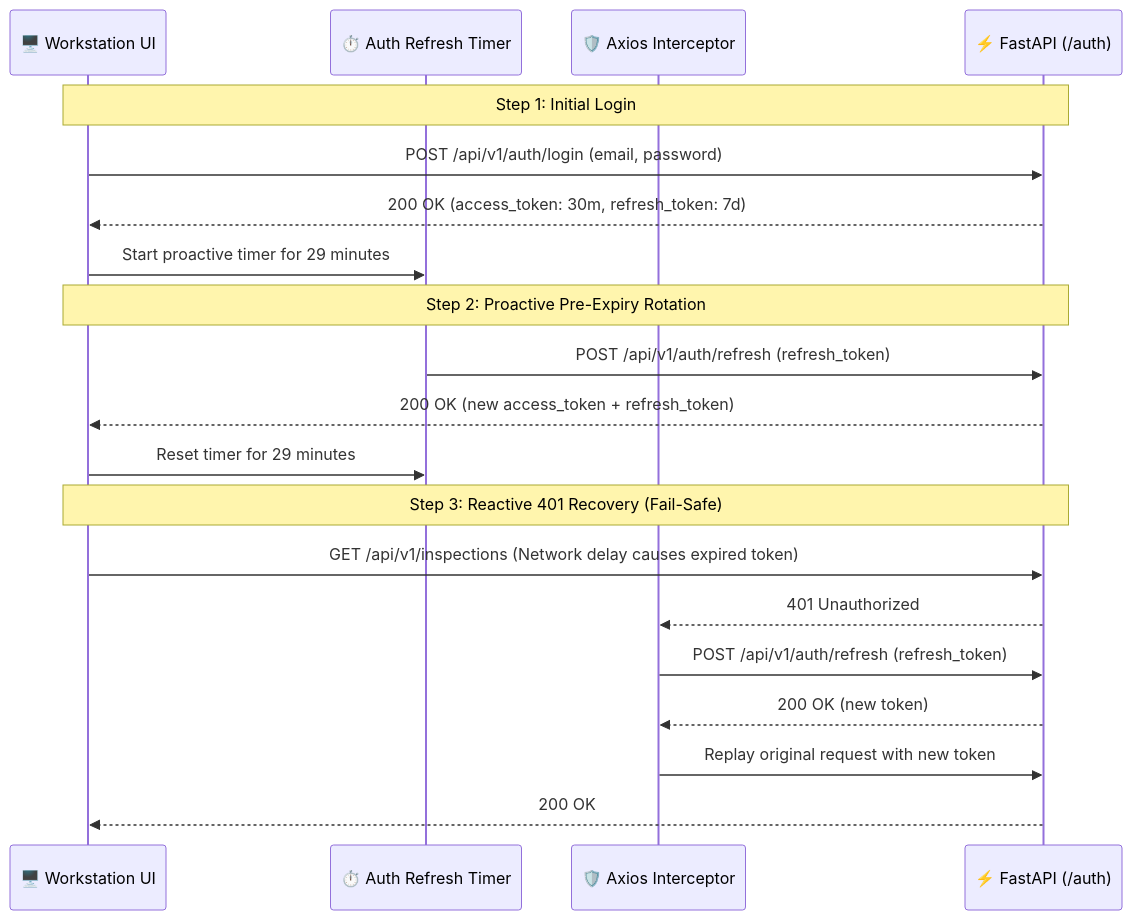
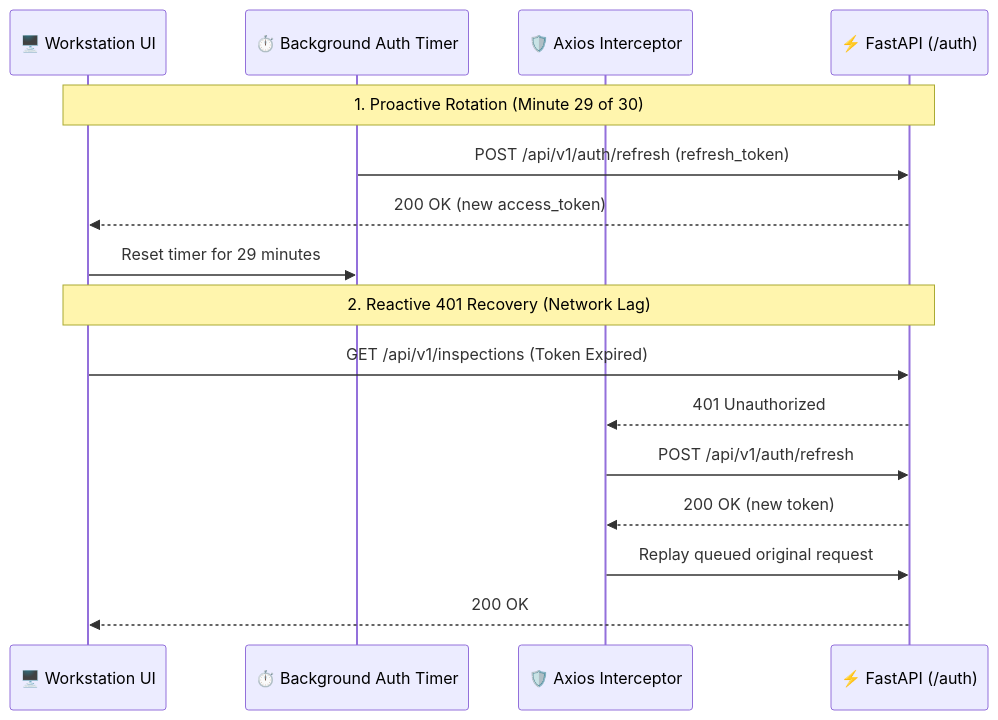
One commit to Disha-1610/VisionForge changed the second of 3 diagrams in docs/SECURITY.md. Above: the diagram before and after it, drawn with Mermaid. The commit also changed other lines of this file and 13 other files, not shown here.

````diff
--- a/docs/SECURITY.md
+++ b/docs/SECURITY.md
@@ -67,25 +93,20 @@
 ```mermaid
 sequenceDiagram
     participant UI as 🖥️ Workstation UI
-    participant Timer as ⏱️ Auth Refresh Timer
+    participant Timer as ⏱️ Background Auth Timer
     participant Interceptor as 🛡️ Axios Interceptor
     participant Backend as ⚡ FastAPI (/auth)
 
-    Note over UI,Backend: Step 1: Initial Login
-    UI->>Backend: POST /api/v1/auth/login (email, password)
-    Backend-->>UI: 200 OK (access_token: 30m, refresh_token: 7d)
-    UI->>Timer: Start proactive timer for 29 minutes
-
-    Note over UI,Backend: Step 2: Proactive Pre-Expiry Rotation
+    Note over UI,Backend: 1. Proactive Rotation (Minute 29 of 30)
     Timer->>Backend: POST /api/v1/auth/refresh (refresh_token)
-    Backend-->>UI: 200 OK (new access_token + refresh_token)
+    Backend-->>UI: 200 OK (new access_token)
     UI->>Timer: Reset timer for 29 minutes
 
-    Note over UI,Backend: Step 3: Reactive 401 Recovery (Fail-Safe)
-    UI->>Backend: GET /api/v1/inspections (Network delay causes expired token)
+    Note over UI,Backend: 2. Reactive 401 Recovery (Network Lag)
+    UI->>Backend: GET /api/v1/inspections (Token Expired)
     Backend-->>Interceptor: 401 Unauthorized
-    Interceptor->>Backend: POST /api/v1/auth/refresh (refresh_token)
+    Interceptor->>Backend: POST /api/v1/auth/refresh
     Backend-->>Interceptor: 200 OK (new token)
-    Interceptor->>Backend: Replay original request with new token
+    Interceptor->>Backend: Replay queued original request
     Backend-->>UI: 200 OK
 ```
````
